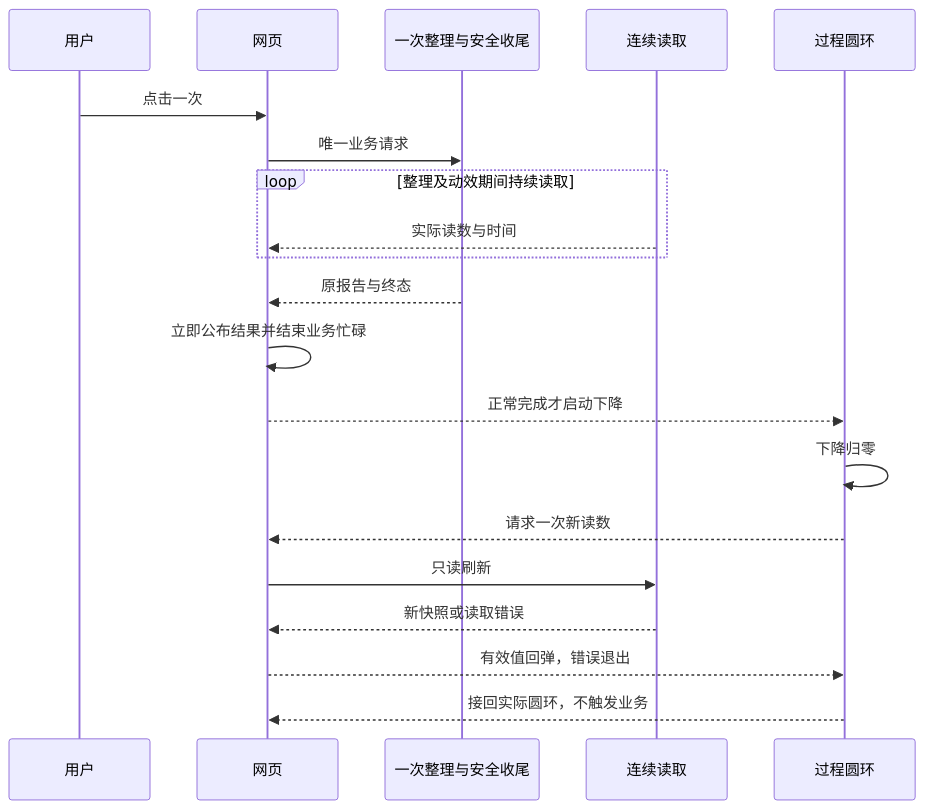
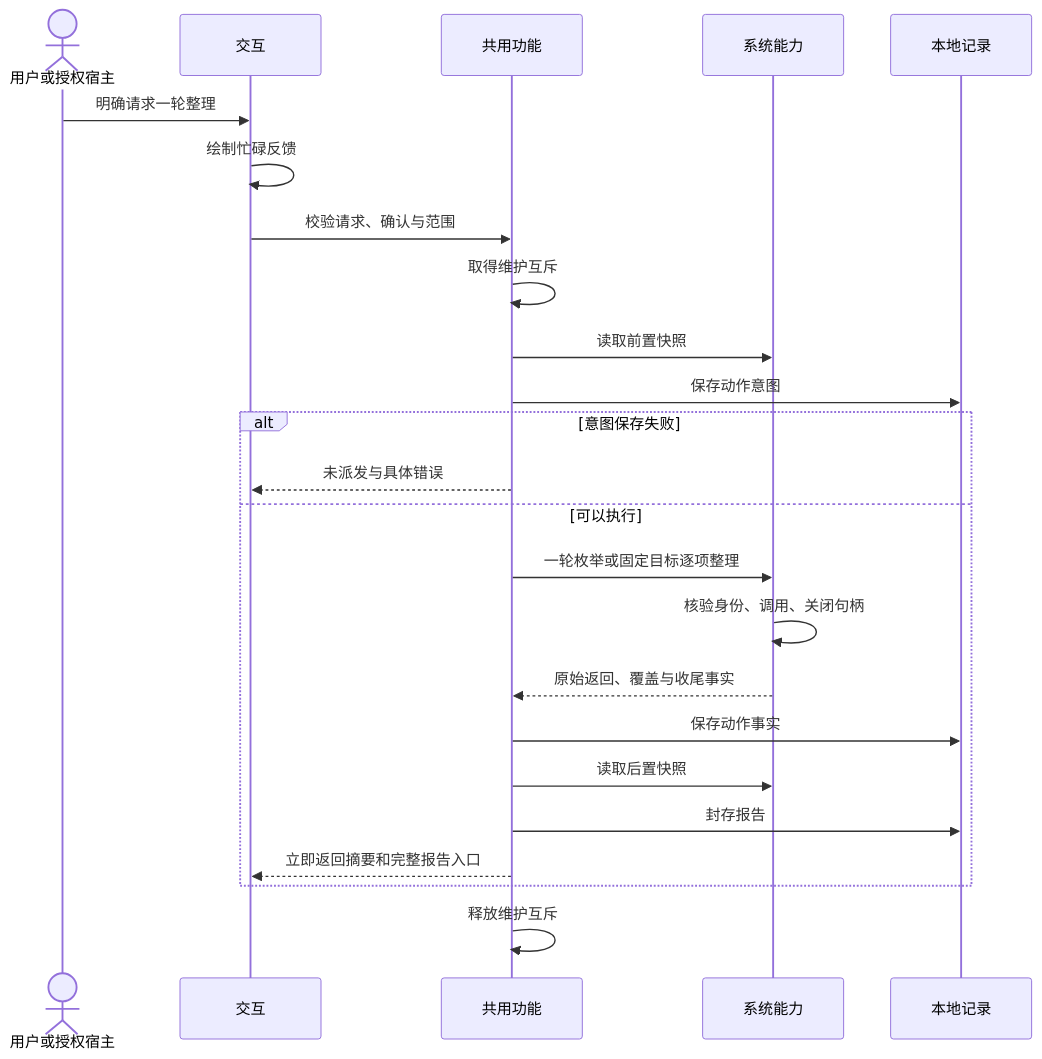
The second of 3 diagrams in docs/架构设计 Architecture Design CPU 内存清理.md (DreamSoul-AI/cpu-memory-cleanup), drawn with Mermaid before and after one commit. The commit also changed other lines of this file and 20 other files, not shown here.

````diff
--- a/docs/架构设计 Architecture Design CPU 内存清理.md
+++ b/docs/架构设计 Architecture Design CPU 内存清理.md
@@ -510,22 +55,26 @@
 ```mermaid
 sequenceDiagram
-    participant U as 用户
-    participant V as 网页
-    participant J as 一次整理与安全收尾
-    participant O as 连续读取
-    participant A as 过程圆环
-    U->>V: 点击一次
-    V->>J: 唯一业务请求
-    loop 整理及动效期间持续读取
-        O-->>V: 实际读数与时间
+    actor U as 用户或授权宿主
+    participant I as 交互
+    participant F as 共用功能
+    participant S as 系统能力
+    participant R as 本地记录
+    U->>I: 明确请求一轮整理
+    I->>I: 绘制忙碌反馈
+    I->>F: 校验请求、确认与范围
+    F->>F: 取得维护互斥
+    F->>S: 读取前置快照
+    F->>R: 保存动作意图
+    alt 意图保存失败
+      F-->>I: 未派发与具体错误
+    else 可以执行
+      F->>S: 一轮枚举或固定目标逐项整理
+      S->>S: 核验身份、调用、关闭句柄
+      S-->>F: 原始返回、覆盖与收尾事实
+      F->>R: 保存动作事实
+      F->>S: 读取后置快照
+      F->>R: 封存报告
+      F-->>I: 立即返回摘要和完整报告入口
     end
-    J-->>V: 原报告与终态
-    V->>V: 立即公布结果并结束业务忙碌
-    V-->>A: 正常完成才启动下降
-    A->>A: 下降归零
-    A-->>V: 请求一次新读数
-    V->>O: 只读刷新
-    O-->>V: 新快照或读取错误
-    V-->>A: 有效值回弹，错误退出
-    A-->>V: 接回实际圆环，不触发业务
+    F->>F: 释放维护互斥
 ```
````
